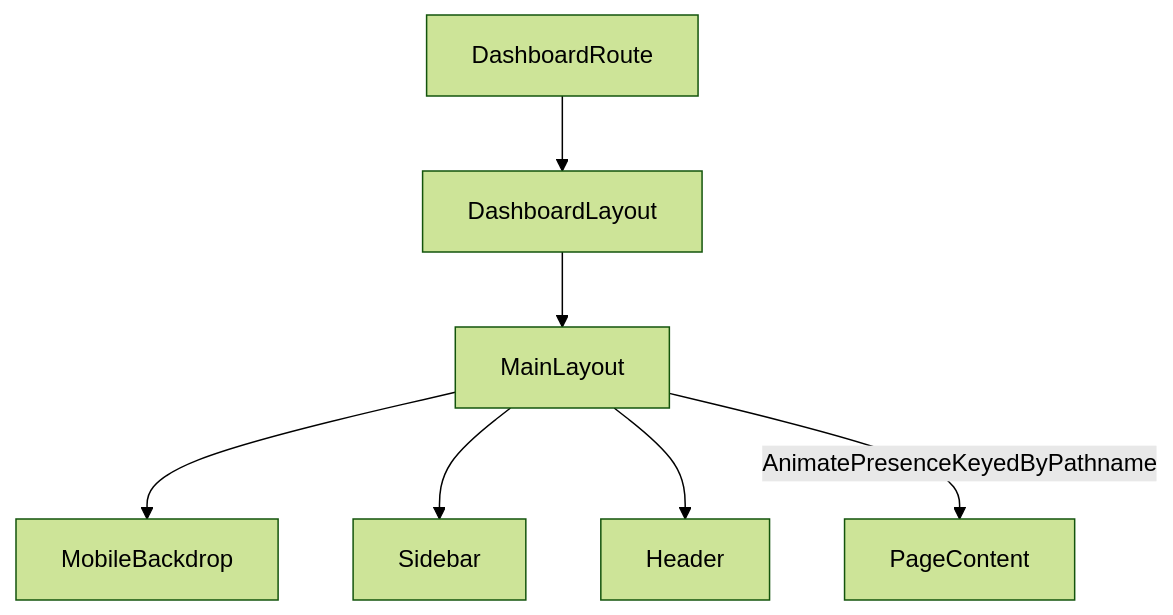
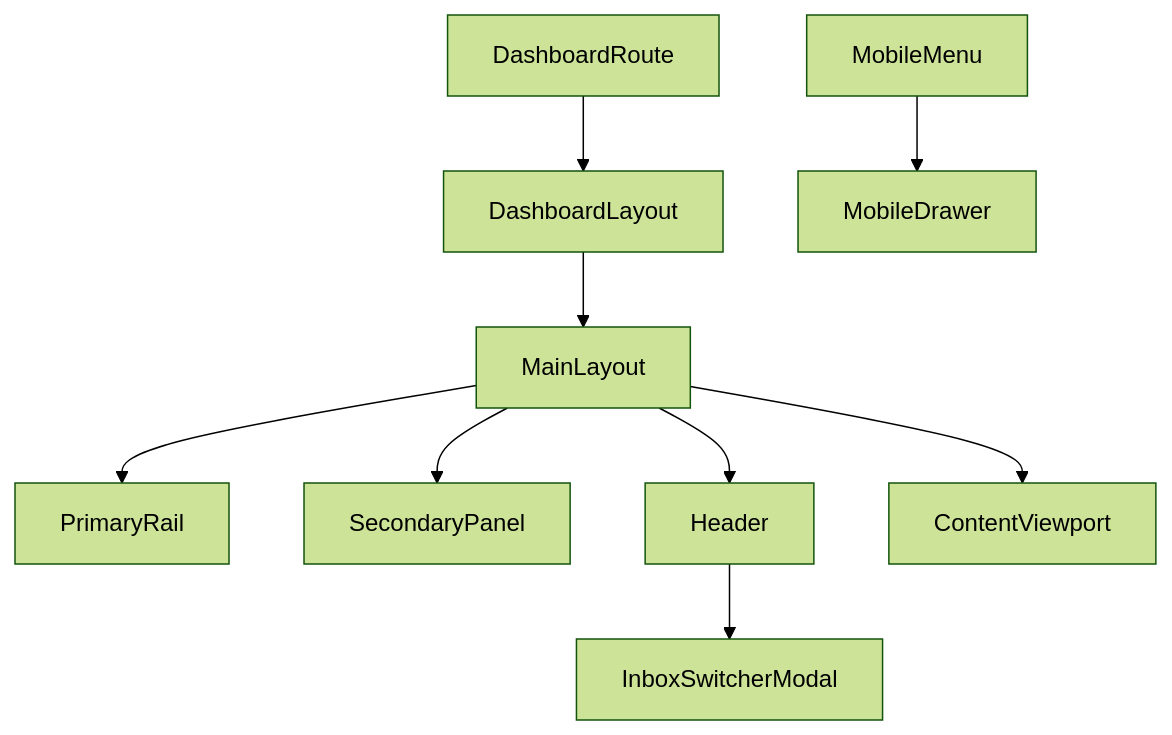
The diagram in apps/frontend/components/layout/README.md (AmanVatsSharma/MailZen-Smart-Email-Management), drawn with Mermaid (forest theme) before and after one commit. The commit also changed other lines of this file and 3 other files, not shown here.

First line of the commit message:
refactor: Update Header and MainLayout components for improved user experience and functionality

````diff
--- a/apps/frontend/components/layout/README.md
+++ b/apps/frontend/components/layout/README.md
@@ -15,9 +47,11 @@
 ```mermaid
 flowchart TD
-  DashboardRoute-->DashboardLayout
-  DashboardLayout-->MainLayout
-  MainLayout-->MobileBackdrop
-  MainLayout-->Sidebar
-  MainLayout-->Header
-  MainLayout--AnimatePresenceKeyedByPathname-->PageContent
+  DashboardRoute --> DashboardLayout
+  DashboardLayout --> MainLayout
+  MainLayout --> PrimaryRail
+  MainLayout --> SecondaryPanel
+  MainLayout --> Header
+  Header --> InboxSwitcherModal
+  MainLayout --> ContentViewport
+  MobileMenu --> MobileDrawer
 ```
````
